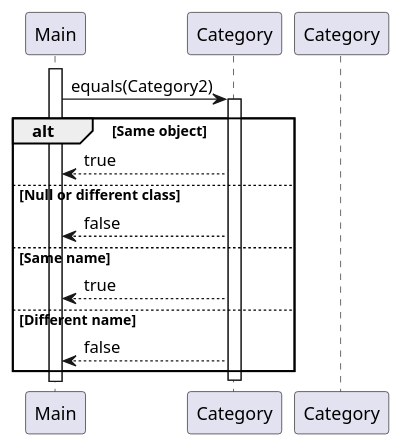
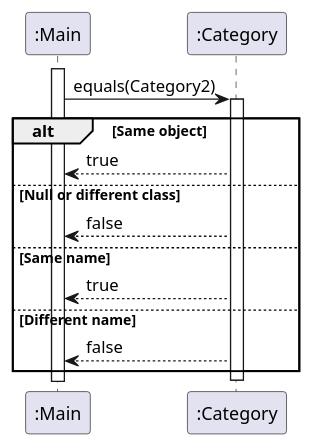
Before and after one commit to nus-cs2113-AY2425S1/tp: the third of 4 diagrams in docs/plantUMLCode/category-class-diagram.puml, drawn with PlantUML. The commit also changed 6 other files, not shown here.

Commit message:
Add diagrams

```diff
--- a/docs/plantUMLCode/category-class-diagram.puml
+++ b/docs/plantUMLCode/category-class-diagram.puml
@@ -23,19 +23,19 @@
 @startuml
-participant "Main" as Main
-participant "Category" as Category1
-participant "Category" as Category2
+participant ":Main" as Main
+participant ":Category" as Category1
+
 activate Main
 
 Main -> Category1: equals(Category2)
 activate Category1
 alt Same object
     Category1 --> Main: true
 else Null or different class
     Category1 --> Main: false
 else Same name
     Category1 --> Main: true
 else Different name
     Category1 --> Main: false
 end
 deactivate Category1
 @enduml
```
